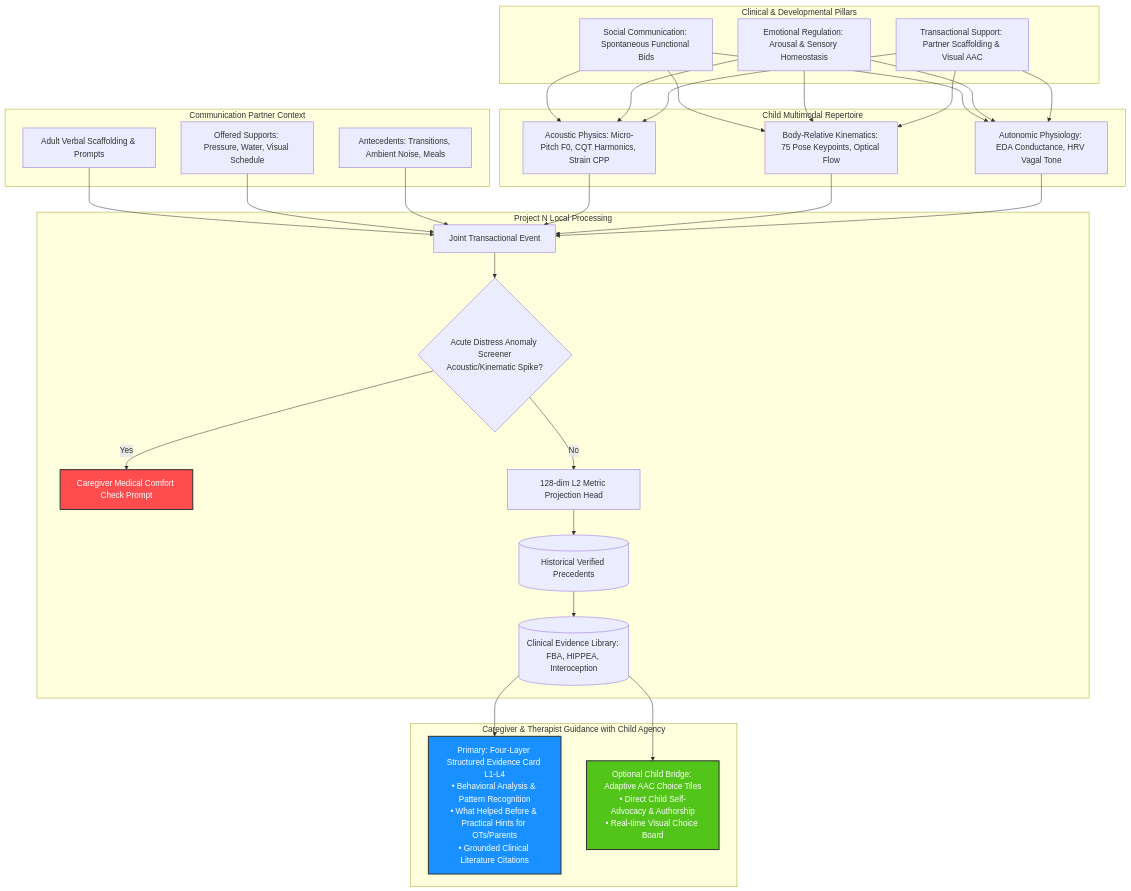
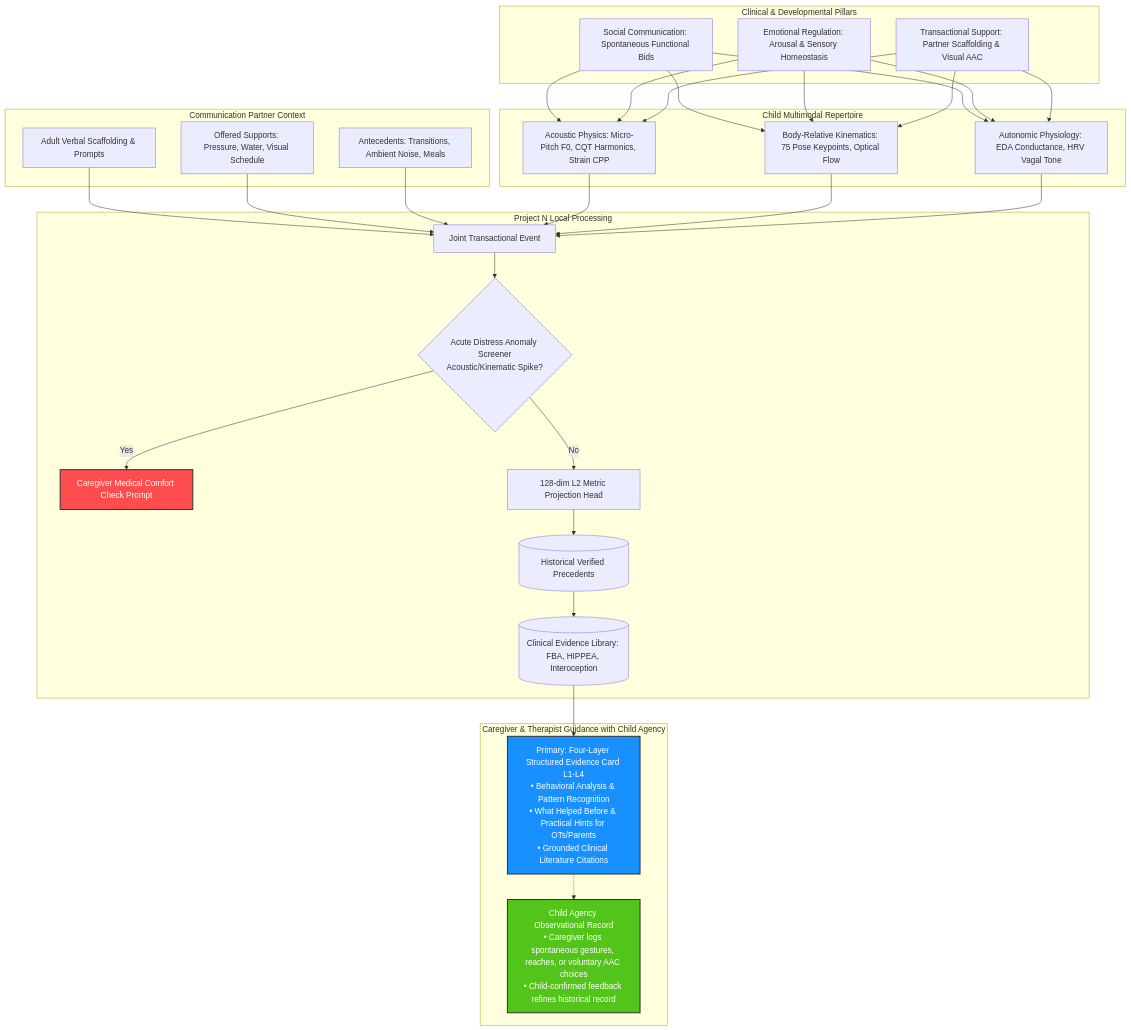
One commit to olostan/project_n changed the second of 4 diagrams in docs/WHITE_PAPER.md. Above: the diagram before and after it, drawn with Mermaid. The commit also changed other lines of this file and 10 other files, not shown here.

````diff
--- a/docs/WHITE_PAPER.md
+++ b/docs/WHITE_PAPER.md
@@ -59,41 +59,41 @@
 ```mermaid
 graph TD
     subgraph SCERTS Foundation [Clinical & Developmental Pillars]
         SC[Social Communication: Spontaneous Functional Bids]
         ER[Emotional Regulation: Arousal & Sensory Homeostasis]
         TS[Transactional Support: Partner Scaffolding & Visual AAC]
     end
 
     subgraph Sensory Observables [Child Multimodal Repertoire]
         Acoustic[Acoustic Physics: Micro-Pitch F0, CQT Harmonics, Strain CPP]
         Kinematic[Body-Relative Kinematics: 75 Pose Keypoints, Optical Flow]
         Physio[Autonomic Physiology: EDA Conductance, HRV Vagal Tone]
     end
 
     subgraph Partner Dynamics [Communication Partner Context]
         AdultWords[Adult Verbal Scaffolding & Prompts]
         AdultActions[Offered Supports: Pressure, Water, Visual Schedule]
         Environment[Antecedents: Transitions, Ambient Noise, Meals]
     end
 
     SC & ER & TS --> Acoustic & Kinematic & Physio
     AdultWords & AdultActions & Environment --> JointEvent[Joint Transactional Event]
     Acoustic & Kinematic & Physio --> JointEvent
 
     subgraph Analytical Core [Project N Local Processing]
         JointEvent --> SafetyGate{Acute Distress Anomaly Screener<br/>Acoustic/Kinematic Spike?}
         SafetyGate -->|Yes| MedicalCard[Caregiver Medical Comfort Check Prompt]
         SafetyGate -->|No| MetricHead[128-dim L2 Metric Projection Head]
         MetricHead --> EpisodicMemory[(Historical Verified Precedents)]
         EpisodicMemory --> RAG[(Clinical Evidence Library: FBA, HIPPEA, Interoception)]
     end
 
     subgraph Empowerment [Caregiver & Therapist Guidance with Child Agency]
         RAG --> CaregiverCard[Primary: Four-Layer Structured Evidence Card L1-L4<br/>• Behavioral Analysis & Pattern Recognition<br/>• What Helped Before & Practical Hints for OTs/Parents<br/>• Grounded Clinical Literature Citations]
-        RAG --> AACBridge[Optional Child Bridge: Adaptive AAC Choice Tiles<br/>• Direct Child Self-Advocacy & Authorship<br/>• Real-time Visual Choice Board]
+        CaregiverCard -.-> ChildResponse[Child Agency Observational Record<br/>• Caregiver logs spontaneous gestures, reaches, or voluntary AAC choices<br/>• Child-confirmed feedback refines historical record]
     end
 
     style MedicalCard fill:#ff4d4f,color:#fff,stroke:#333,stroke-width:2px
-    style AACBridge fill:#52c41a,color:#fff,stroke:#333,stroke-width:2px
+    style ChildResponse fill:#52c41a,color:#fff,stroke:#333,stroke-width:2px
     style CaregiverCard fill:#1890ff,color:#fff,stroke:#333,stroke-width:2px
 ```
````
